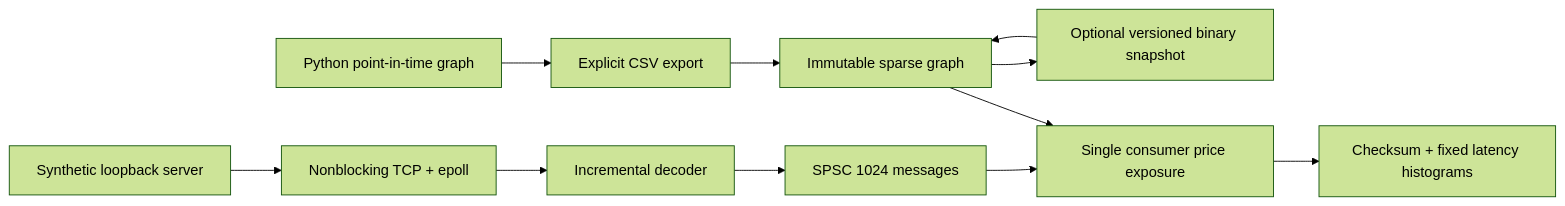
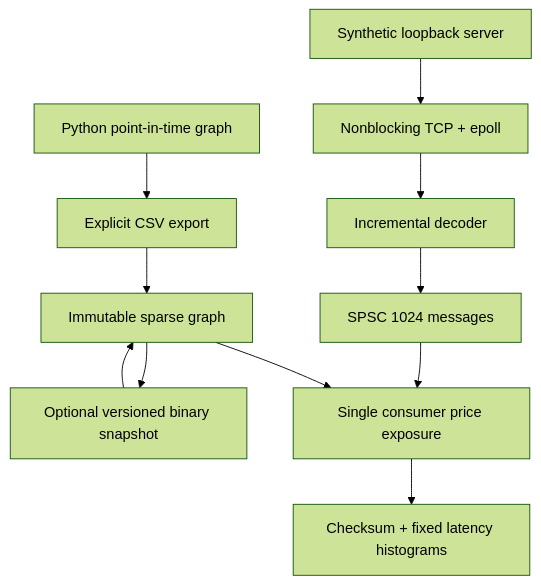
One commit to Onwcan/ETF_Genome changed the diagram in docs/NATIVE_ARCHITECTURE.md. Above: the diagram before and after it, drawn with Mermaid (forest theme). The commit also changed other lines of this file and 33 other files, not shown here.

First line of the commit message:
docs: consolidate project documentation and roadmap

````diff
--- a/docs/NATIVE_ARCHITECTURE.md
+++ b/docs/NATIVE_ARCHITECTURE.md
@@ -10,13 +11,13 @@
 ```mermaid
-flowchart LR
+flowchart TB
     PY[Python point-in-time graph] --> CSV[Explicit CSV export]
     CSV --> GRAPH[Immutable sparse graph]
     GRAPH --> SNAP[Optional versioned binary snapshot]
     SNAP --> GRAPH
     SERVER[Synthetic loopback server] --> TCP[Nonblocking TCP + epoll]
     TCP --> DEC[Incremental decoder]
     DEC --> QUEUE[SPSC 1024 messages]
     QUEUE --> ENGINE[Single consumer price exposure]
     GRAPH --> ENGINE
     ENGINE --> METRICS[Checksum + fixed latency histograms]
 ```
````
